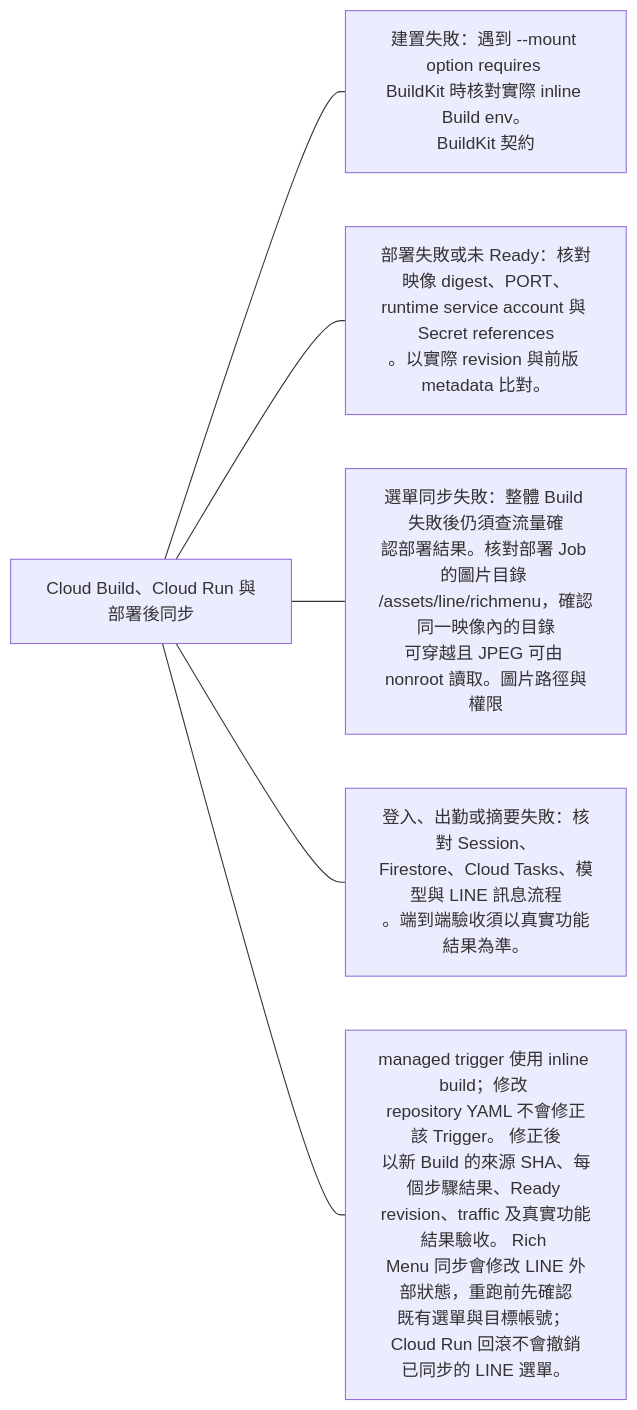
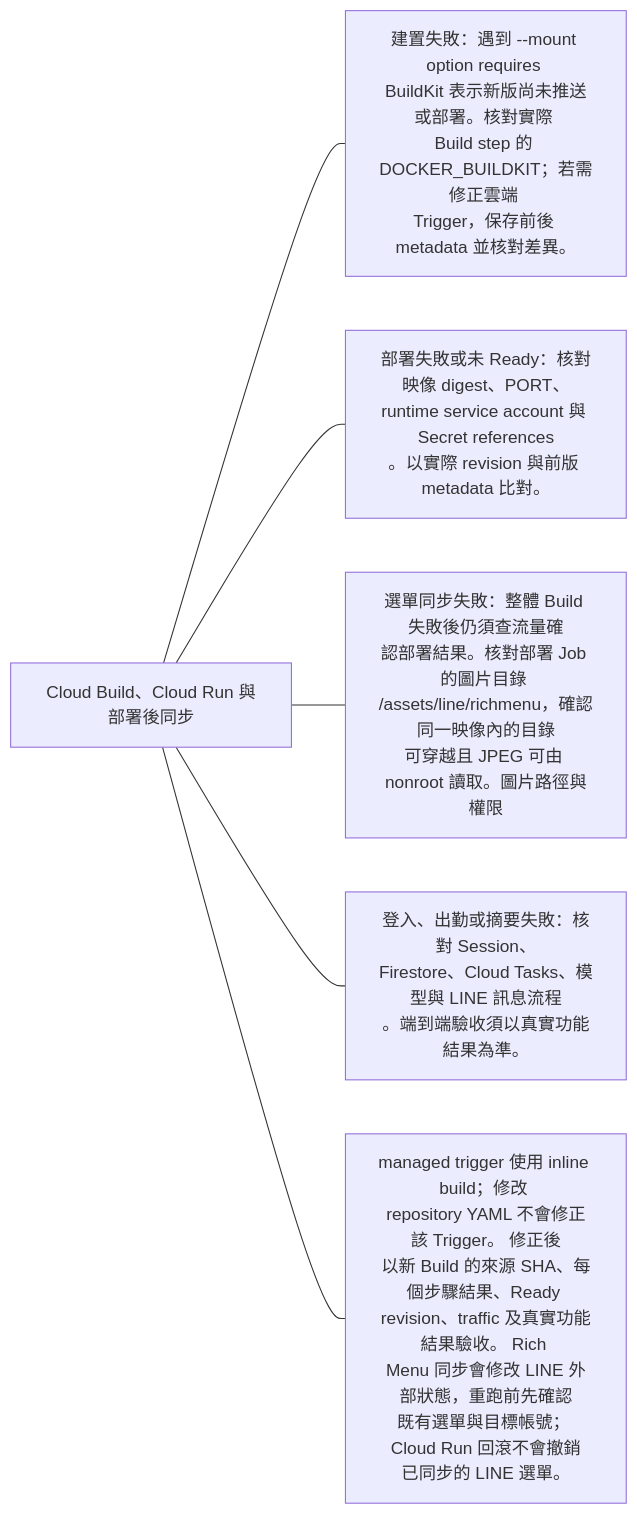
The third of 4 diagrams in docs/operations/troubleshooting.md (963sup/line-mini-app-bot), drawn with Mermaid before and after one commit. The commit also changed 6 other files, not shown here.

Commit message:
Move shared adapters and BuildKit rules to their owning docs

````diff
--- a/docs/operations/troubleshooting.md
+++ b/docs/operations/troubleshooting.md
@@ -27,11 +27,11 @@
 ```mermaid
 flowchart LR
   h["Cloud Build、Cloud Run 與部署後同步"]
-  h --- n0["建置失敗：遇到 --mount option requires <br/>BuildKit 時核對實際 inline Build env。<br/>BuildKit 契約"]
-  click n0 "cloud-run.md#docker-buildkit-建置契約"
+  h --- n0["建置失敗：遇到 --mount option requires <br/>BuildKit 表示新版尚未推送或部署。核對實際 <br/>Build step 的 DOCKER_BUILDKIT；若需修正雲端 <br/>Trigger，保存前後 metadata 並核對差異。"]
+  click n0 "container-build.md#buildkit-與建置機密"
   h --- n1["部署失敗或未 Ready：核對映像 digest、PORT、<br/>runtime service account 與 Secret references<br/>。以實際 revision 與前版 metadata 比對。"]
   h --- n2["選單同步失敗：整體 Build 失敗後仍須查流量確<br/>認部署結果。核對部署 Job 的圖片目錄 <br/>/assets/line/richmenu，確認同一映像內的目錄<br/>可穿越且 JPEG 可由 nonroot 讀取。圖片路徑與<br/>權限"]
   click n2 "cloud-run.md#managed-trigger-的-rich-menu-圖片路徑"
   h --- n3["登入、出勤或摘要失敗：核對 Session、<br/>Firestore、Cloud Tasks、模型與 LINE 訊息流程<br/>。端到端驗收須以真實功能結果為準。"]
   h --- n4["managed trigger 使用 inline build；修改 <br/>repository YAML 不會修正該 Trigger。 修正後<br/>以新 Build 的來源 SHA、每個步驟結果、Ready <br/>revision、traffic 及真實功能結果驗收。 Rich <br/>Menu 同步會修改 LINE 外部狀態，重跑前先確認<br/>既有選單與目標帳號； Cloud Run 回滾不會撤銷<br/>已同步的 LINE 選單。"]
 ```
````
